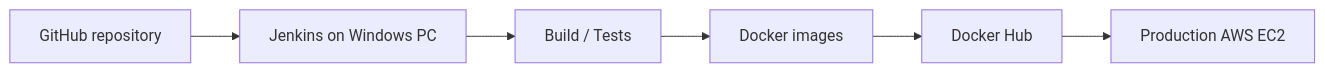
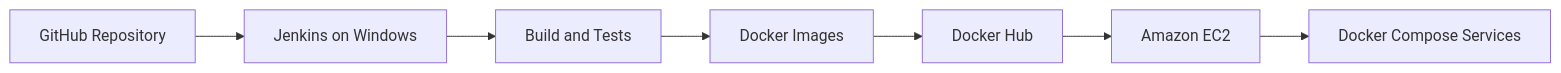
The third of 3 diagrams in README.md (HarshaEgiteela/microservices), drawn with Mermaid before and after one commit. The commit also changed other lines of this file, not shown here.

````diff
--- a/README.md
+++ b/README.md
@@ -82,8 +177,9 @@
 ```mermaid
 flowchart LR
-    A[GitHub repository] --> B[Jenkins on Windows PC]
-    B --> C[Build / Tests]
-    C --> D[Docker images]
+    A[GitHub Repository] --> B[Jenkins on Windows]
+    B --> C[Build and Tests]
+    C --> D[Docker Images]
     D --> E[Docker Hub]
-    E --> F[Production AWS EC2]
+    E --> F[Amazon EC2]
+    F --> G[Docker Compose Services]
 ```
````
